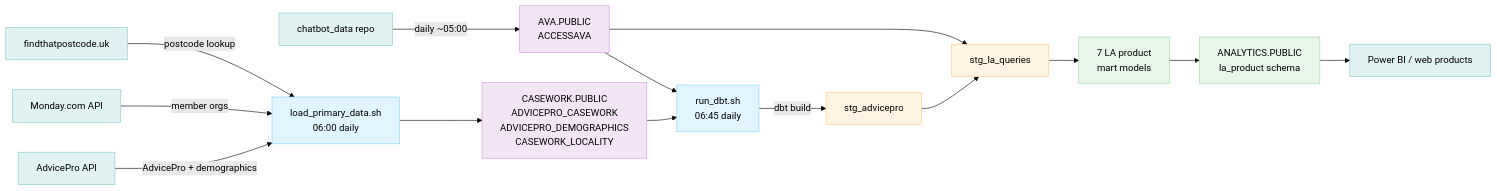
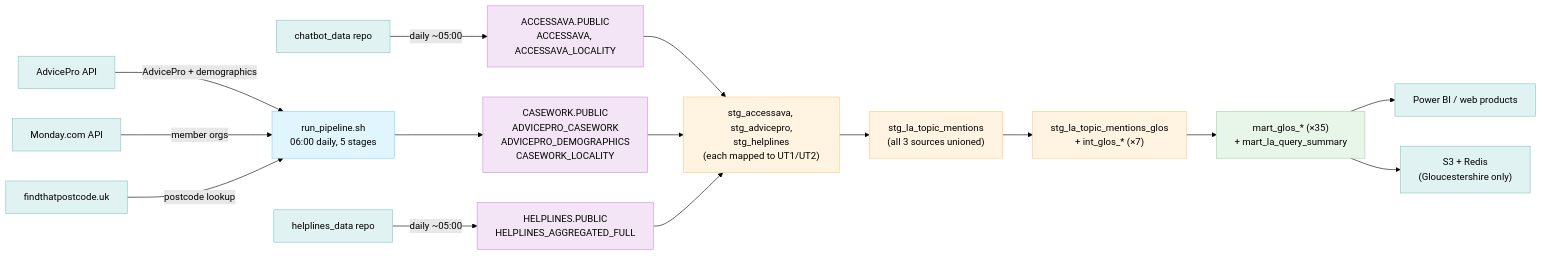
The diagram in README.md (access-social-care/dbt-asc), drawn with Mermaid (forest theme) before and after one commit. The commit also changed other lines of this file and 5 other files, not shown here.

First line of the commit message:
docs: full pipeline doc refresh + confirm county loader coverage

````diff
--- a/README.md
+++ b/README.md
@@ -15,42 +15,44 @@
 ```mermaid
 graph LR
     AP["AdvicePro API"]:::external
     MON["Monday.com API"]:::external
     FTPC["findthatpostcode.uk"]:::external
     CBD["chatbot_data repo"]:::external
+    HD["helplines_data repo"]:::external
 
-    LPD["load_primary_data.sh<br>06:00 daily"]:::process
-    RDT["run_dbt.sh<br>06:45 daily"]:::process
+    RP["run_pipeline.sh<br>06:00 daily, 5 stages"]:::process
 
-    AVA["AVA.PUBLIC<br>ACCESSAVA"]:::source
+    AVA["ACCESSAVA.PUBLIC<br>ACCESSAVA, ACCESSAVA_LOCALITY"]:::source
     CW["CASEWORK.PUBLIC<br>ADVICEPRO_CASEWORK<br>ADVICEPRO_DEMOGRAPHICS<br>CASEWORK_LOCALITY"]:::source
+    HL["HELPLINES.PUBLIC<br>HELPLINES_AGGREGATED_FULL"]:::source
 
-    STG1["stg_advicepro"]:::product
-    STG2["stg_la_queries"]:::product
-    MART["7 LA product<br>mart models"]:::final
-    ANA["ANALYTICS.PUBLIC<br>la_product schema"]:::final
+    STG["stg_accessava, stg_advicepro,<br>stg_helplines<br>(each mapped to UT1/UT2)"]:::product
+    UNION["stg_la_topic_mentions<br>(all 3 sources unioned)"]:::product
+    GLOS["stg_la_topic_mentions_glos<br>+ int_glos_* (×7)"]:::product
+    MART["mart_glos_* (×35)<br>+ mart_la_query_summary"]:::final
 
     WEB["Power BI / web products"]:::external
+    S3["S3 + Redis<br>(Gloucestershire only)"]:::external
 
-    AP -->|"AdvicePro + demographics"| LPD
-    MON -->|"member orgs"| LPD
-    FTPC -->|"postcode lookup"| LPD
+    AP -->|"AdvicePro + demographics"| RP
+    MON -->|"member orgs"| RP
+    FTPC -->|"postcode lookup"| RP
     CBD -->|"daily ~05:00"| AVA
+    HD -->|"daily ~05:00"| HL
 
-    LPD --> CW
-
-    AVA --> RDT
-    CW --> RDT
-    RDT -->|"dbt build"| STG1
-    STG1 --> STG2
-    AVA --> STG2
-    STG2 --> MART
-    MART --> ANA
-    ANA --> WEB
+    RP --> CW
+    AVA --> STG
+    CW --> STG
+    HL --> STG
+    STG --> UNION
+    UNION --> GLOS
+    GLOS --> MART
+    MART --> WEB
+    MART --> S3
 
     classDef external fill:#e0f2f1,stroke:#80cbc4
     classDef process fill:#e1f5ff,stroke:#81d4fa
     classDef source fill:#f3e5f5,stroke:#ce93d8
     classDef product fill:#fff4e1,stroke:#ffcc80
     classDef final fill:#e8f5e9,stroke:#a5d6a7
 ```
````
